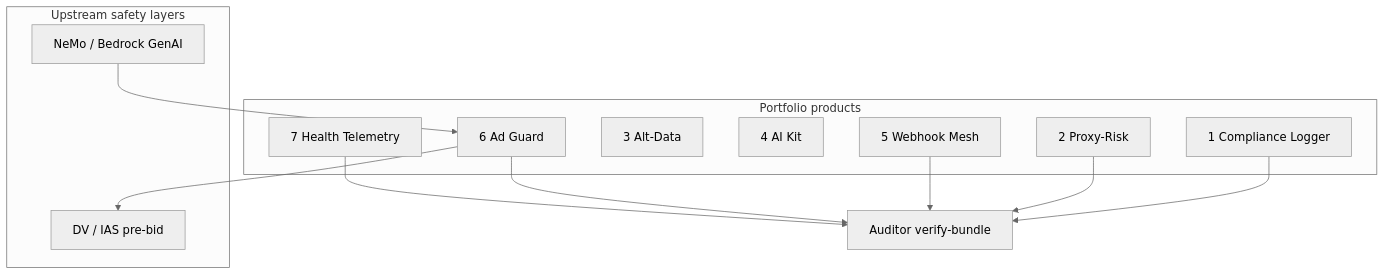
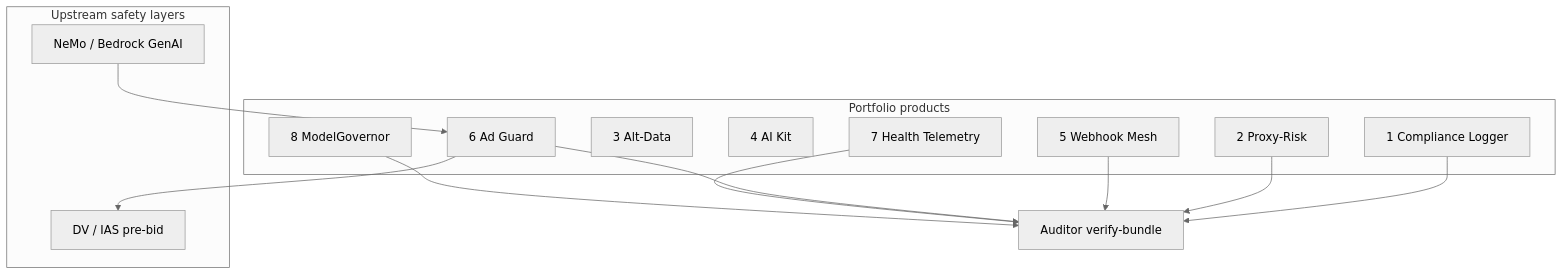
The diagram in docs/INST_PLUS_DEEP_DIVE_ALL_7.md (mc8h7dxz6t-ui/hibs-bet-racing), drawn with Mermaid (neutral theme) before and after one commit. The commit also changed other lines of this file and 22 other files, not shown here.

First line of the commit message:
Add ModelGovernor as product #8 across portfolio

````diff
--- a/docs/INST_PLUS_DEEP_DIVE_ALL_7.md
+++ b/docs/INST_PLUS_DEEP_DIVE_ALL_7.md
@@ -354,25 +394,27 @@
 ```mermaid
 flowchart TB
   subgraph safety [Upstream safety layers]
     NEMO[NeMo / Bedrock GenAI]
     DVIAS[DV / IAS pre-bid]
   end
 
   subgraph inst [Portfolio products]
     CL[1 Compliance Logger]
     PR[2 Proxy-Risk]
     AD[3 Alt-Data]
     AI[4 AI Kit]
     WM[5 Webhook Mesh]
     AG[6 Ad Guard]
     HT[7 Health Telemetry]
+    MG[8 ModelGovernor]
   end
 
   NEMO --> AG
   AG --> DVIAS
   CL --> AUD[Auditor verify-bundle]
   PR --> AUD
   WM --> AUD
   AG --> AUD
   HT --> AUD
+  MG --> AUD
 ```
````
